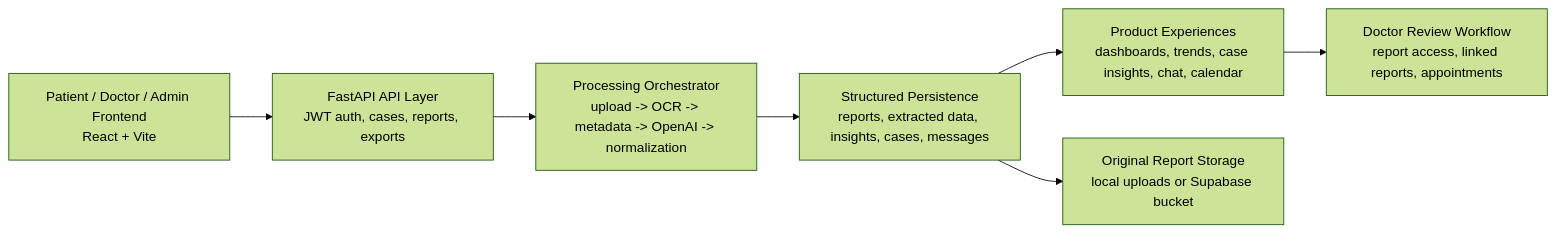
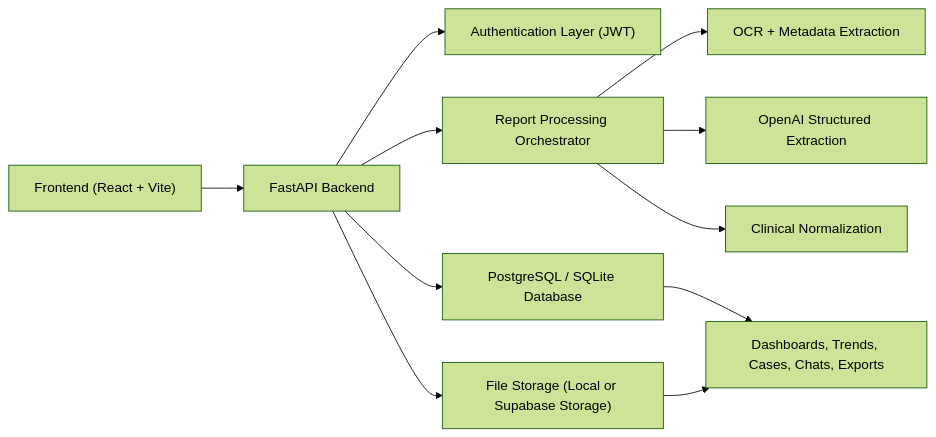
The first of 2 diagrams in README.md (theway-kamyavardhan/Doctorcopilotfinal), drawn with Mermaid (forest theme) before and after one commit. The commit also changed other lines of this file and 1 other file, not shown here.

````diff
--- a/README.md
+++ b/README.md
@@ -80,9 +86,13 @@
 ```mermaid
 flowchart LR
-    A["Patient / Doctor / Admin Frontend<br/>React + Vite"] --> B["FastAPI API Layer<br/>JWT auth, cases, reports, exports"]
-    B --> C["Processing Orchestrator<br/>upload -> OCR -> metadata -> OpenAI -> normalization"]
-    C --> D["Structured Persistence<br/>reports, extracted data, insights, cases, messages"]
-    D --> E["Product Experiences<br/>dashboards, trends, case insights, chat, calendar"]
-    D --> F["Original Report Storage<br/>local uploads or Supabase bucket"]
-    E --> G["Doctor Review Workflow<br/>report access, linked reports, appointments"]
+    A["Frontend (React + Vite)"] --> B["FastAPI Backend"]
+    B --> C["Authentication Layer (JWT)"]
+    B --> D["Report Processing Orchestrator"]
+    D --> E["OCR + Metadata Extraction"]
+    D --> F["OpenAI Structured Extraction"]
+    D --> G["Clinical Normalization"]
+    B --> H["PostgreSQL / SQLite Database"]
+    B --> I["File Storage (Local or Supabase Storage)"]
+    H --> J["Dashboards, Trends, Cases, Chats, Exports"]
+    I --> J
 ```
````
